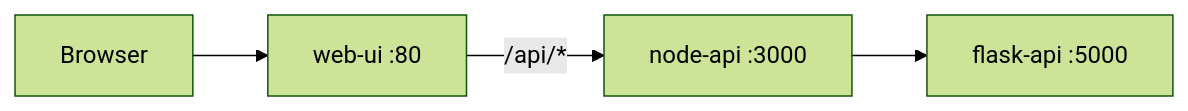
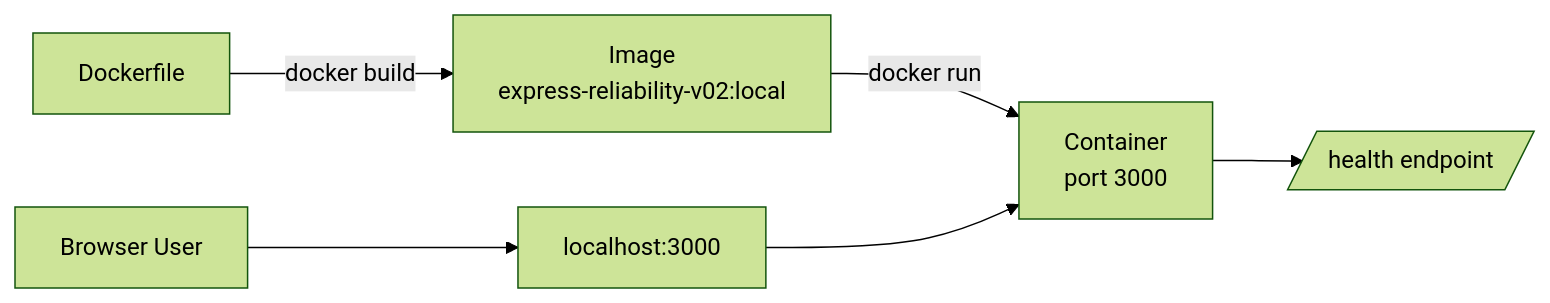
Before and after one commit to Here2ServeU/express-reliability-platform-course: the diagram in express-reliability-platform-v02/README.md, drawn with Mermaid (forest theme). The commit also changed other lines of this file and 231 other files, not shown here.

````diff
--- a/express-reliability-platform-v02/README.md
+++ b/express-reliability-platform-v02/README.md
@@ -77,6 +79,8 @@
 ```mermaid
 flowchart LR
-  Browser --> UI[web-ui :80]
-  UI -->|/api/*| Node[node-api :3000]
-  Node --> Flask[flask-api :5000]
+    Dockerfile[Dockerfile] -->|docker build| Image[Image<br/>express-reliability-v02:local]
+    Image -->|docker run| Container[Container<br/>port 3000]
+    User[Browser User] --> HostPort[localhost:3000]
+    HostPort --> Container
+    Container --> Health[/health endpoint/]
 ```
````
